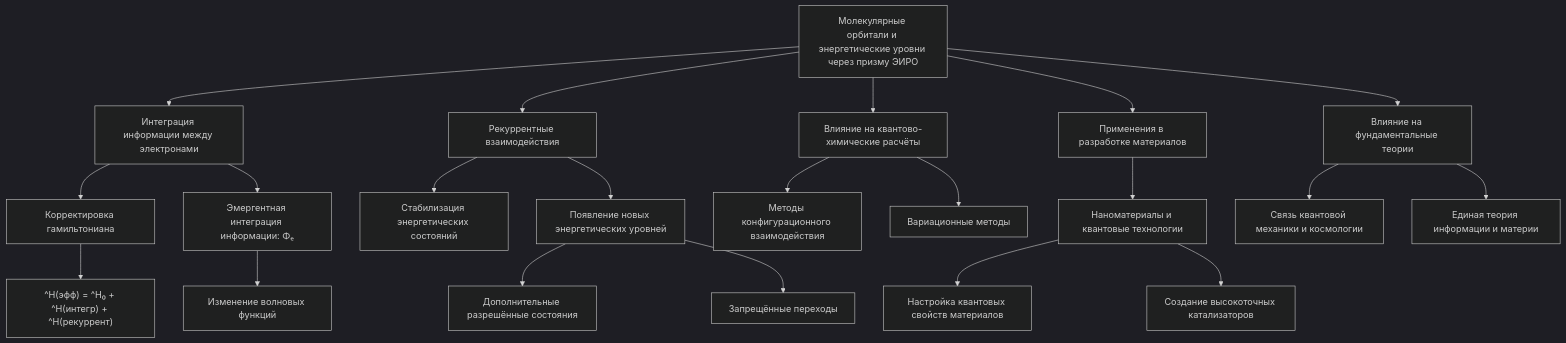
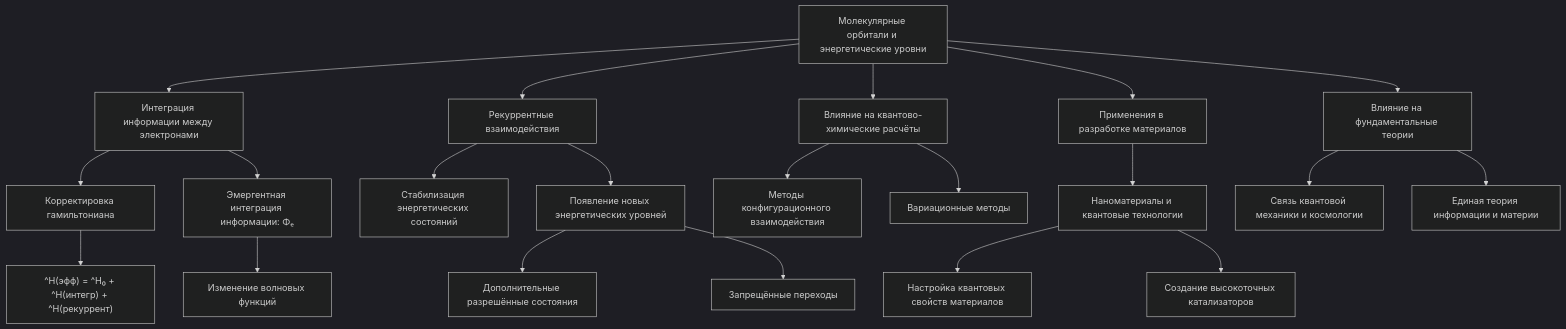
Before and after one commit to commeta/consciousness: the diagram in Molecular-orbitals-and-energy-levels.md, drawn with Mermaid (dark theme).

````diff
--- a/Molecular-orbitals-and-energy-levels.md
+++ b/Molecular-orbitals-and-energy-levels.md
@@ -4,23 +4,23 @@
 ```mermaid
 graph TD
-    A[Молекулярные орбитали и энергетические уровни через призму ЭИРО] --> B[Интеграция информации между электронами]
+    A[Молекулярные орбитали и энергетические уровни] --> B[Интеграция информации между электронами]
     A --> C[Рекуррентные взаимодействия]
     B --> D[Корректировка гамильтониана]
     D --> E["^H(эфф) = ^H₀ + ^H(интегр) + ^H(рекуррент)"]
     B --> F[Эмергентная интеграция информации: Φₑ]
     F --> G[Изменение волновых функций]
     C --> H[Стабилизация энергетических состояний]
     C --> I[Появление новых энергетических уровней]
     I --> J[Дополнительные разрешённые состояния]
     I --> K[Запрещённые переходы]
     A --> L[Влияние на квантово-химические расчёты]
     L --> M[Методы конфигурационного взаимодействия]
     L --> N[Вариационные методы]
     A --> O[Применения в разработке материалов]
     O --> P[Наноматериалы и квантовые технологии]
     P --> Q[Настройка квантовых свойств материалов]
     P --> R[Создание высокоточных катализаторов]
     A --> S[Влияние на фундаментальные теории]
     S --> T[Связь квантовой механики и космологии]
     S --> U[Единая теория информации и материи]
 ```
````
